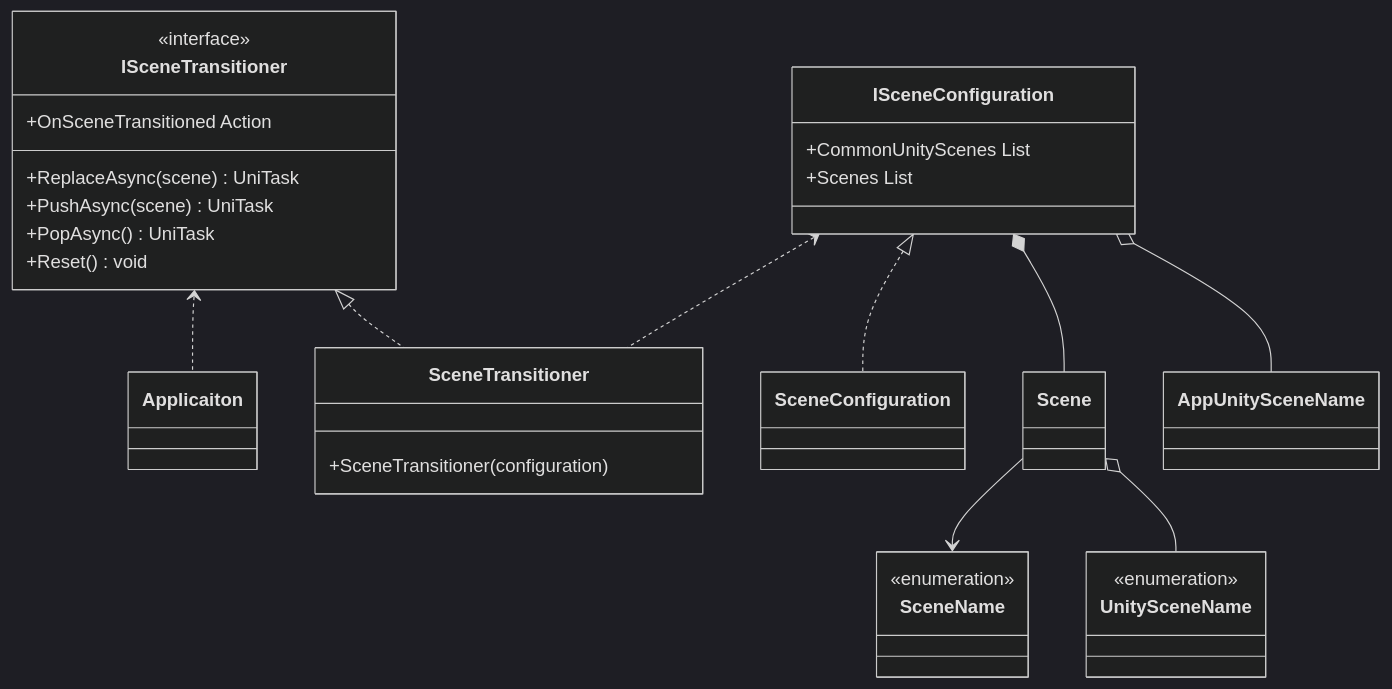
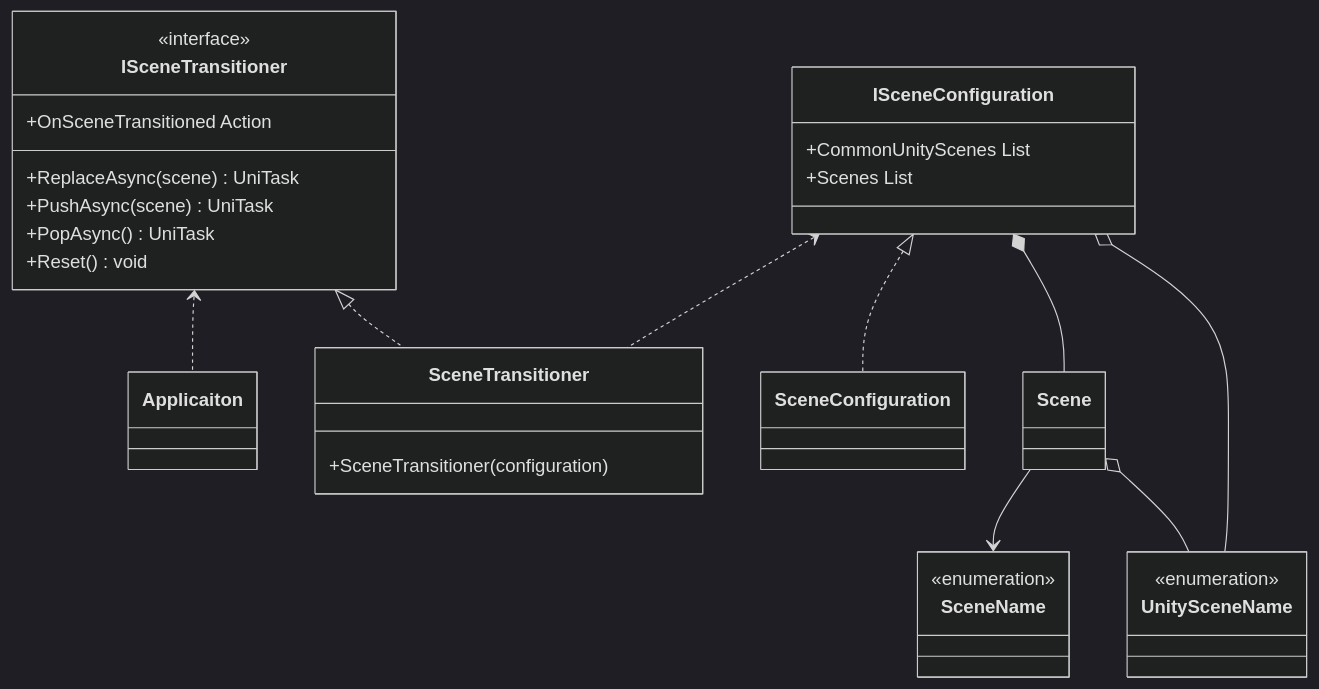
One commit to extreal-dev/Extreal.Guide changed the first of 2 diagrams in docs/core/scene-transition.md. Above: the diagram before and after it, drawn with Mermaid (dark theme).

Commit message:
クラス図の見直し

````diff
--- a/docs/core/scene-transition.md
+++ b/docs/core/scene-transition.md
@@ -28,47 +28,47 @@
 ```mermaid
 classDiagram
 
     ISceneTransitioner <.. Applicaiton
     ISceneTransitioner <|.. SceneTransitioner
     ISceneConfiguration <.. SceneTransitioner
     ISceneConfiguration <|.. SceneConfiguration
     ISceneConfiguration *-- Scene
-    ISceneConfiguration o-- AppUnitySceneName
+    ISceneConfiguration o-- UnitySceneName
     Scene --> SceneName
     Scene o-- UnitySceneName
 
     class Applicaiton {
     }
 
     class SceneName {
         <<enumeration>>
     }
 
     class UnitySceneName {
         <<enumeration>>
     }
 
     class SceneConfiguration {
     }
 
     class ISceneTransitioner {
         <<interface>>
         +OnSceneTransitioned Action
         +ReplaceAsync(scene) UniTask
         +PushAsync(scene) UniTask
         +PopAsync() UniTask
         +Reset() void
     }
 
     class ISceneConfiguration {
         +CommonUnityScenes List
         +Scenes List
     }
 
     class Scene {
     }
 
     class SceneTransitioner {
         +SceneTransitioner(configuration)
     }
 ```
````
